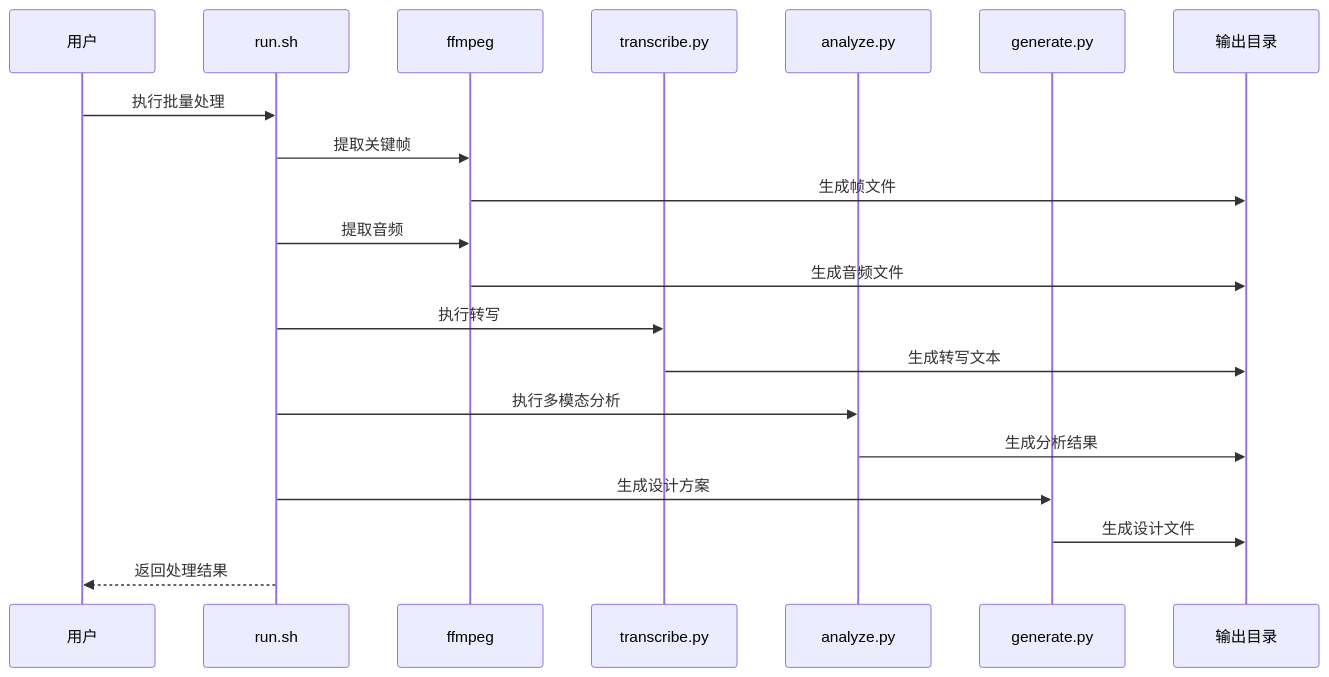
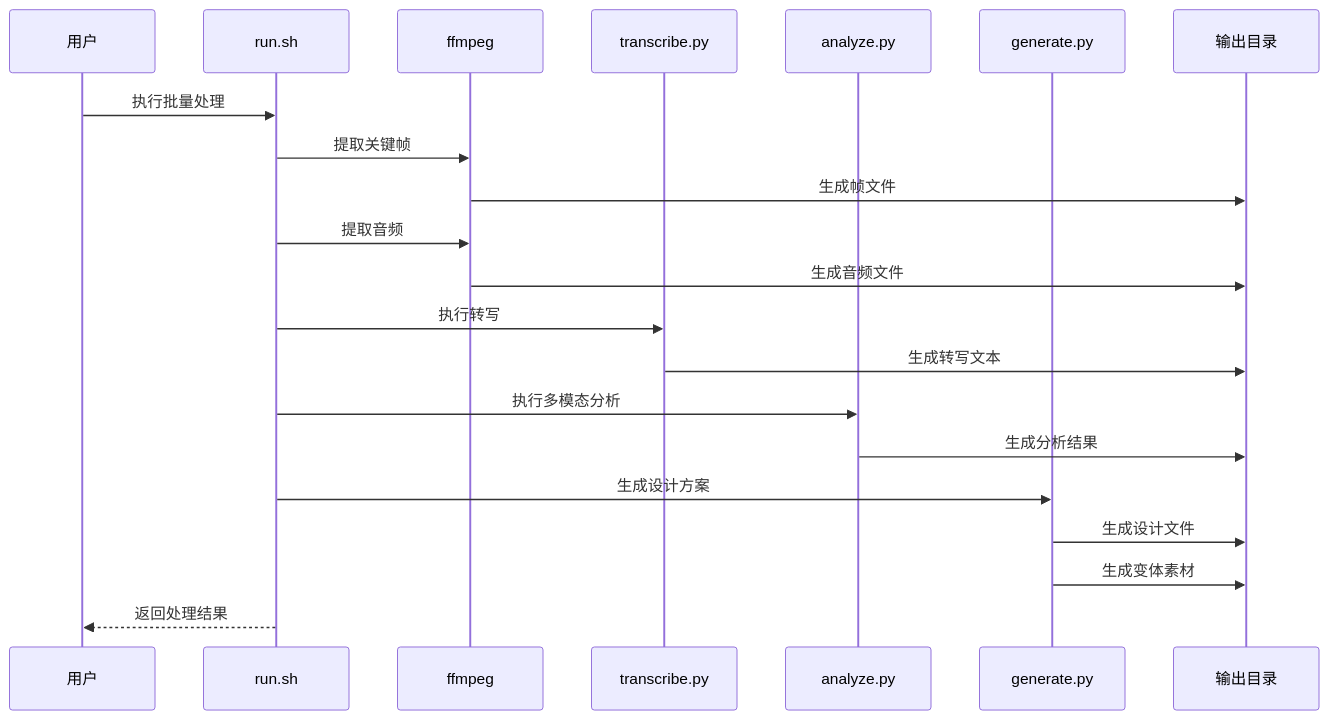
Before and after one commit to WongMingJiu/landingpage-test-hero-page: the second of 4 diagrams in .qoder/repowiki/zh/content/配置和定制/批量处理.md, drawn with Mermaid. The commit also changed other lines of this file and 42 other files, not shown here.

````diff
--- a/.qoder/repowiki/zh/content/配置和定制/批量处理.md
+++ b/.qoder/repowiki/zh/content/配置和定制/批量处理.md
@@ -167,22 +178,23 @@
 ```mermaid
 sequenceDiagram
 participant User as 用户
 participant Run as run.sh
 participant FFmpeg as ffmpeg
 participant Transcribe as transcribe.py
 participant Analyze as analyze.py
 participant Generate as generate.py
 participant Output as 输出目录
 User->>Run : 执行批量处理
 Run->>FFmpeg : 提取关键帧
 FFmpeg->>Output : 生成帧文件
 Run->>FFmpeg : 提取音频
 FFmpeg->>Output : 生成音频文件
 Run->>Transcribe : 执行转写
 Transcribe->>Output : 生成转写文本
 Run->>Analyze : 执行多模态分析
 Analyze->>Output : 生成分析结果
 Run->>Generate : 生成设计方案
 Generate->>Output : 生成设计文件
+Generate->>Output : 生成变体素材
 Run-->>User : 返回处理结果
 ```
````
